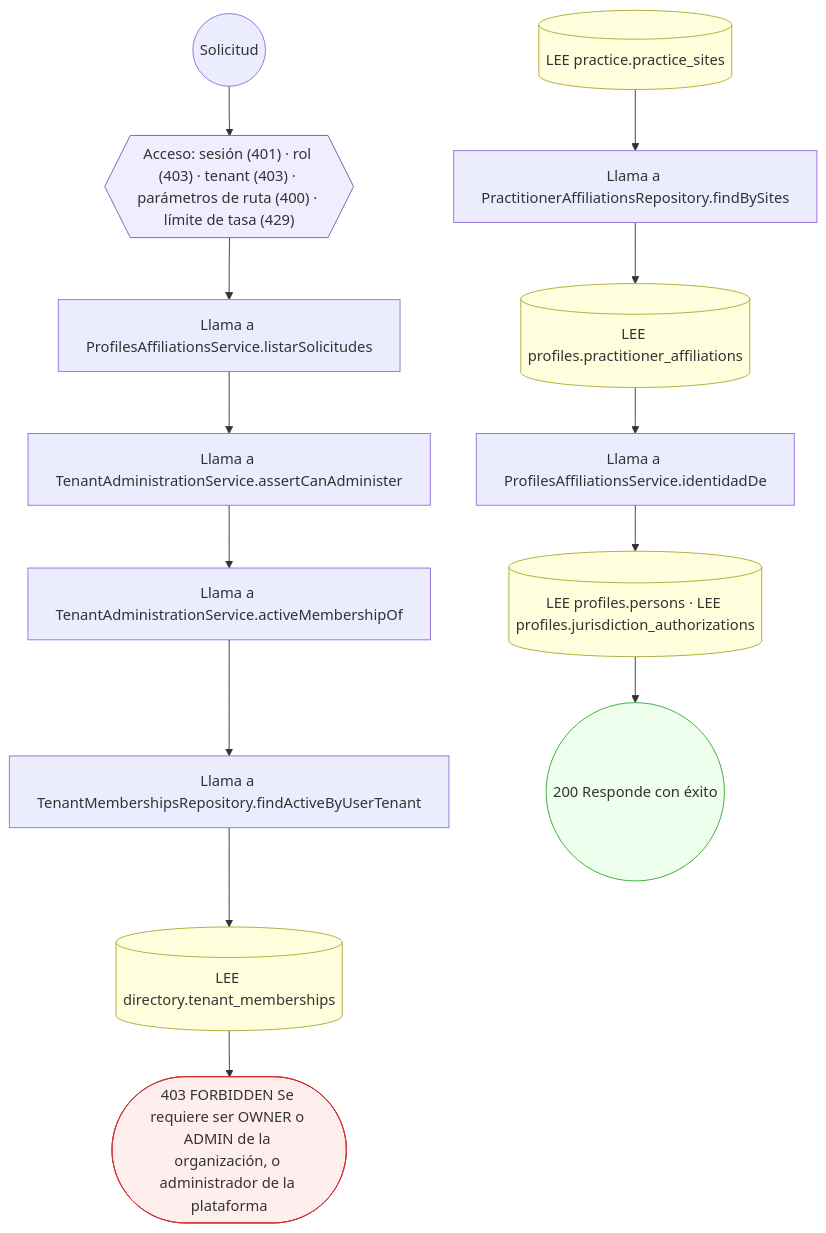
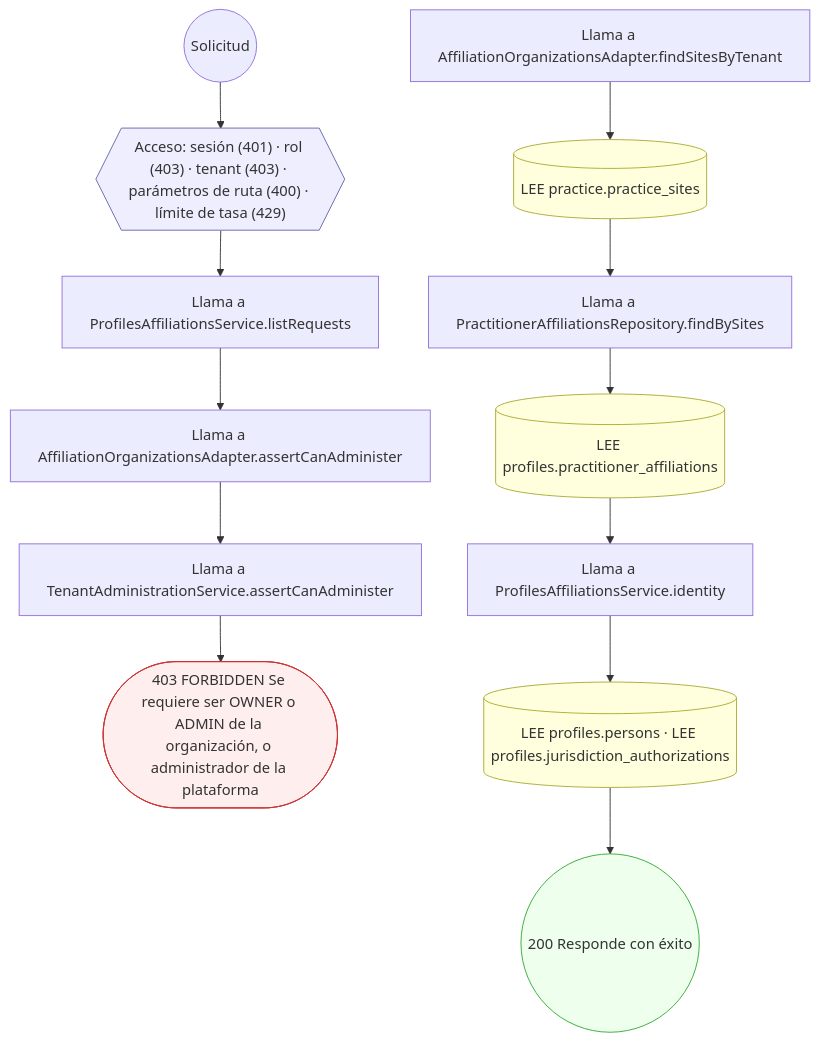
Diagram 52 of 55 in docs/inventario/flujos/profiles.md (mdavila-2001/mantra-core-health-api), drawn with Mermaid before and after one commit. The commit also changed other lines of this file and 451 other files, not shown here.

````diff
--- a/docs/inventario/flujos/profiles.md
+++ b/docs/inventario/flujos/profiles.md
@@ -3090,35 +4978,33 @@
 ```mermaid
 flowchart TD
   n1(("Solicitud")):::inicio
   n2{{"Acceso: sesión (401) · rol (403) · tenant (403) · parámetros de ruta (400) · límite de tasa (429)"}}:::acceso
   n1 --> n2
-  n3["Llama a ProfilesAffiliationsService.listarSolicitudes"]:::llamada
+  n3["Llama a ProfilesAffiliationsService.listRequests"]:::llamada
   n2 --> n3
-  n4["Llama a TenantAdministrationService.assertCanAdminister"]:::llamada
+  n4["Llama a AffiliationOrganizationsAdapter.assertCanAdminister"]:::llamada
   n3 --> n4
-  n5["Llama a TenantAdministrationService.activeMembershipOf"]:::llamada
+  n5["Llama a TenantAdministrationService.assertCanAdminister"]:::llamada
   n4 --> n5
-  n6["Llama a TenantMembershipsRepository.findActiveByUserTenant"]:::llamada
+  n6(["403 FORBIDDEN Se requiere ser OWNER o ADMIN de la organización, o administrador de la plataforma"]):::error
   n5 --> n6
-  n7[("LEE directory.tenant_memberships")]:::efecto
-  n6 --> n7
-  n8(["403 FORBIDDEN Se requiere ser OWNER o ADMIN de la organización, o administrador de la plataforma"]):::error
+  n7["Llama a AffiliationOrganizationsAdapter.findSitesByTenant"]:::llamada
+  n8[("LEE practice.practice_sites")]:::efecto
   n7 --> n8
-  n9[("LEE practice.practice_sites")]:::efecto
-  n10["Llama a PractitionerAffiliationsRepository.findBySites"]:::llamada
+  n9["Llama a PractitionerAffiliationsRepository.findBySites"]:::llamada
+  n8 --> n9
+  n10[("LEE profiles.practitioner_affiliations")]:::efecto
   n9 --> n10
-  n11[("LEE profiles.practitioner_affiliations")]:::efecto
+  n11["Llama a ProfilesAffiliationsService.identity"]:::llamada
   n10 --> n11
-  n12["Llama a ProfilesAffiliationsService.identidadDe"]:::llamada
+  n12[("LEE profiles.persons · LEE profiles.jurisdiction_authorizations")]:::efecto
   n11 --> n12
-  n13[("LEE profiles.persons · LEE profiles.jurisdiction_authorizations")]:::efecto
+  n13(("200 Responde con éxito")):::ok
   n12 --> n13
-  n14(("200 Responde con éxito")):::ok
-  n13 --> n14
   classDef acceso fill:#eef,stroke:#66a
   classDef error fill:#fee,stroke:#c33
   classDef ok fill:#efe,stroke:#3a3
   classDef efecto fill:#ffd,stroke:#aa3
   classDef decision fill:#fff,stroke:#555
   classDef corte fill:#eee,stroke:#999,stroke-dasharray: 4
 ```
````
